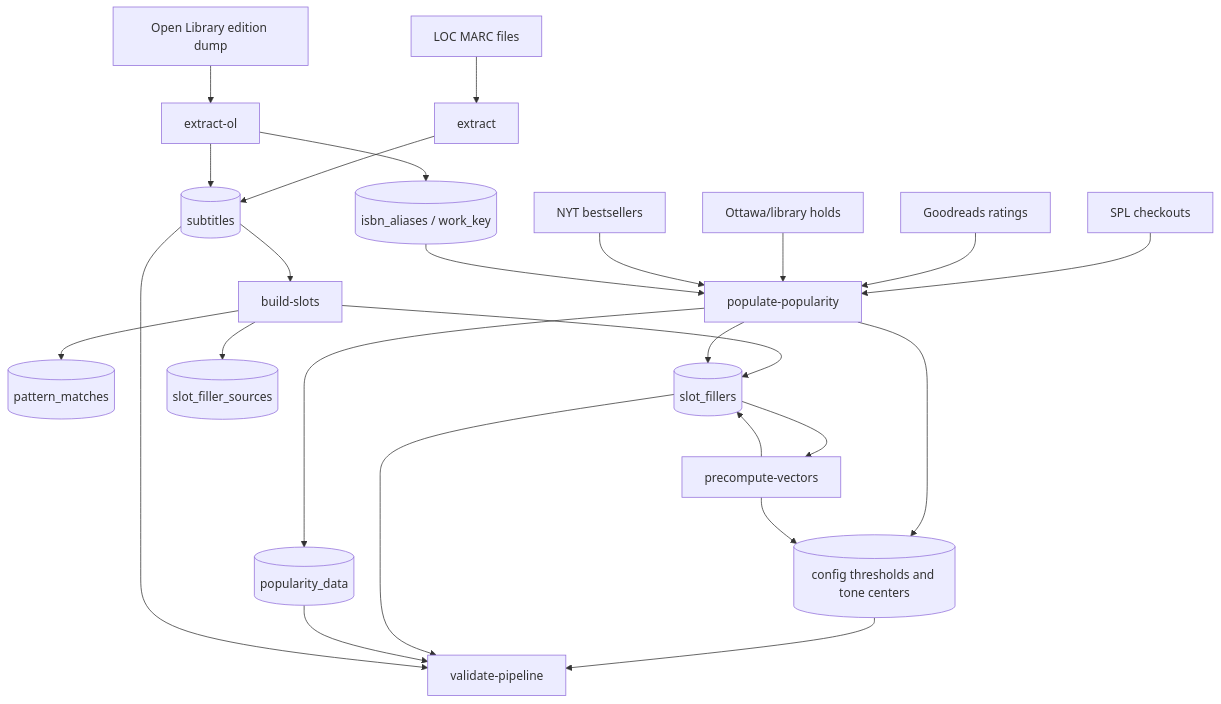
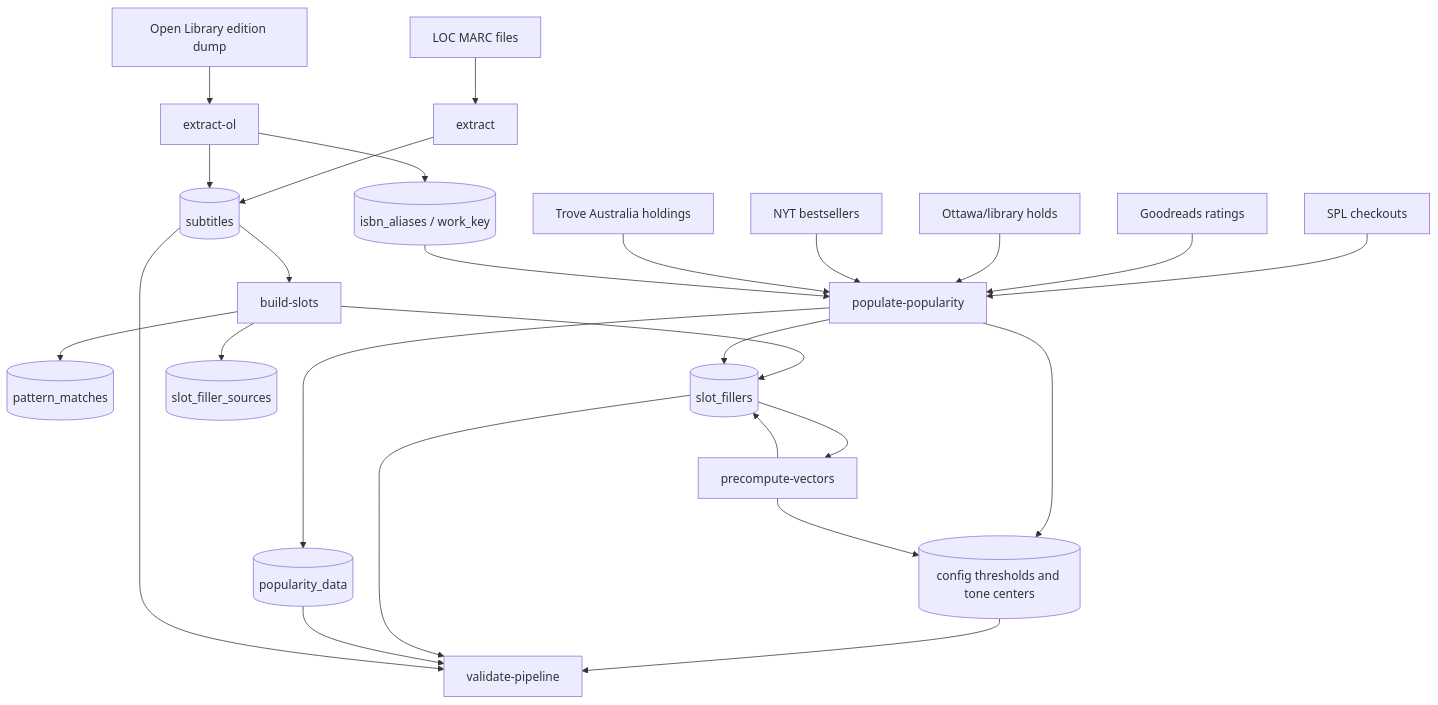
One commit to Arithmomaniac/subtitle-generator changed the second of 7 diagrams in docs/pipeline-end-to-end.md. Above: the diagram before and after it, drawn with Mermaid. The commit also changed other lines of this file and 17 other files, not shown here.

````diff
--- a/docs/pipeline-end-to-end.md
+++ b/docs/pipeline-end-to-end.md
@@ -66,31 +66,32 @@
 ```mermaid
 flowchart TD
     loc[LOC MARC files] --> extract[extract]
     ol[Open Library edition dump] --> extractOl[extract-ol]
     extract --> subtitles[(subtitles)]
     extractOl --> subtitles
     extractOl --> aliases[(isbn_aliases / work_key)]
 
     subtitles --> slots[build-slots]
     slots --> matches[(pattern_matches)]
     slots --> fillers[(slot_fillers)]
     slots --> sources[(slot_filler_sources)]
 
     spl[SPL checkouts] --> pop[populate-popularity]
     gr[Goodreads ratings] --> pop
     ottawa[Ottawa/library holds] --> pop
     nyt[NYT bestsellers] --> pop
+    trove[Trove Australia holdings] --> pop
     aliases --> pop
     pop --> popularity[(popularity_data)]
     pop --> fillers
     pop --> config[(config thresholds and tone centers)]
 
     fillers --> remix[precompute-vectors]
     remix --> fillers
     remix --> config
 
     config --> validate[validate-pipeline]
     fillers --> validate
     popularity --> validate
     subtitles --> validate
 ```
````
